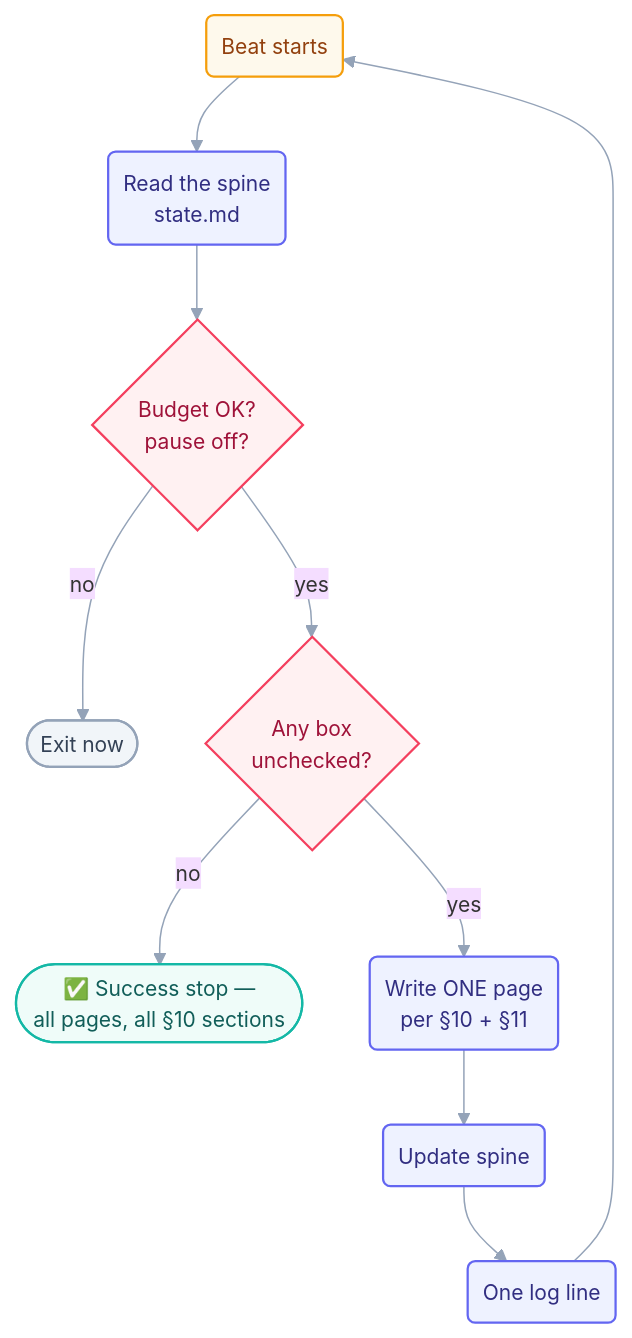
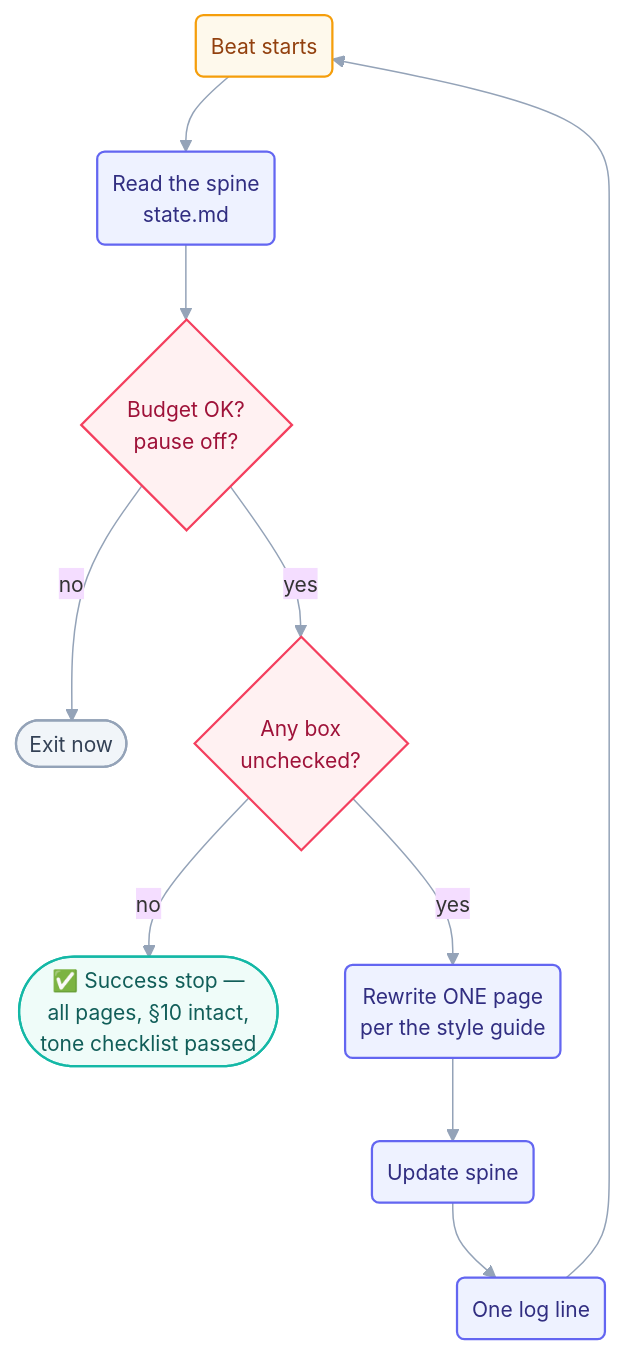
The diagram in loops/day2/step-writer/loop.md (ayeshakhalid192007-dev/LoopEngineering-CrashCourse), drawn with Mermaid before and after one commit. The commit also changed other lines of this file and 37 other files, not shown here.

````diff
--- a/loops/day2/step-writer/loop.md
+++ b/loops/day2/step-writer/loop.md
@@ -37,16 +64,16 @@
 ```mermaid
 %%{init: {'theme':'base','themeVariables':{'fontFamily':'ui-sans-serif, system-ui, sans-serif','fontSize':'14px','lineColor':'#94a3b8'},'flowchart':{'curve':'basis','nodeSpacing':45,'rankSpacing':50,'padding':10}}}%%
 flowchart TD
     S("Beat starts"):::time --> SPINE("Read the spine<br/>state.md"):::beat
     SPINE --> BUDGET{"Budget OK?<br/>pause off?"}:::limit
     BUDGET -->|no| EXIT(["Exit now"]):::stop
     BUDGET -->|yes| DONE{"Any box<br/>unchecked?"}:::limit
-    DONE -->|no| WIN(["✅ Success stop —<br/>all pages, all §10 sections"]):::win
-    DONE -->|yes| WORK("Write ONE page<br/>per §10 + §11"):::beat
+    DONE -->|no| WIN(["✅ Success stop —<br/>all pages, §10 intact,<br/>tone checklist passed"]):::win
+    DONE -->|yes| WORK("Rewrite ONE page<br/>per the style guide"):::beat
     WORK --> UPD("Update spine"):::beat --> LOG("One log line"):::beat --> S
     classDef time fill:#fef9ec,stroke:#f59e0b,stroke-width:1.5px,color:#92400e;
     classDef beat fill:#eef2ff,stroke:#6366f1,stroke-width:1.5px,color:#312e81;
     classDef limit fill:#fff1f2,stroke:#f43f5e,stroke-width:1.5px,color:#9f1239;
     classDef stop fill:#f1f5f9,stroke:#94a3b8,stroke-width:1.5px,color:#334155;
     classDef win fill:#effcf9,stroke:#14b8a6,stroke-width:1.5px,color:#115e59;
 ```
````
